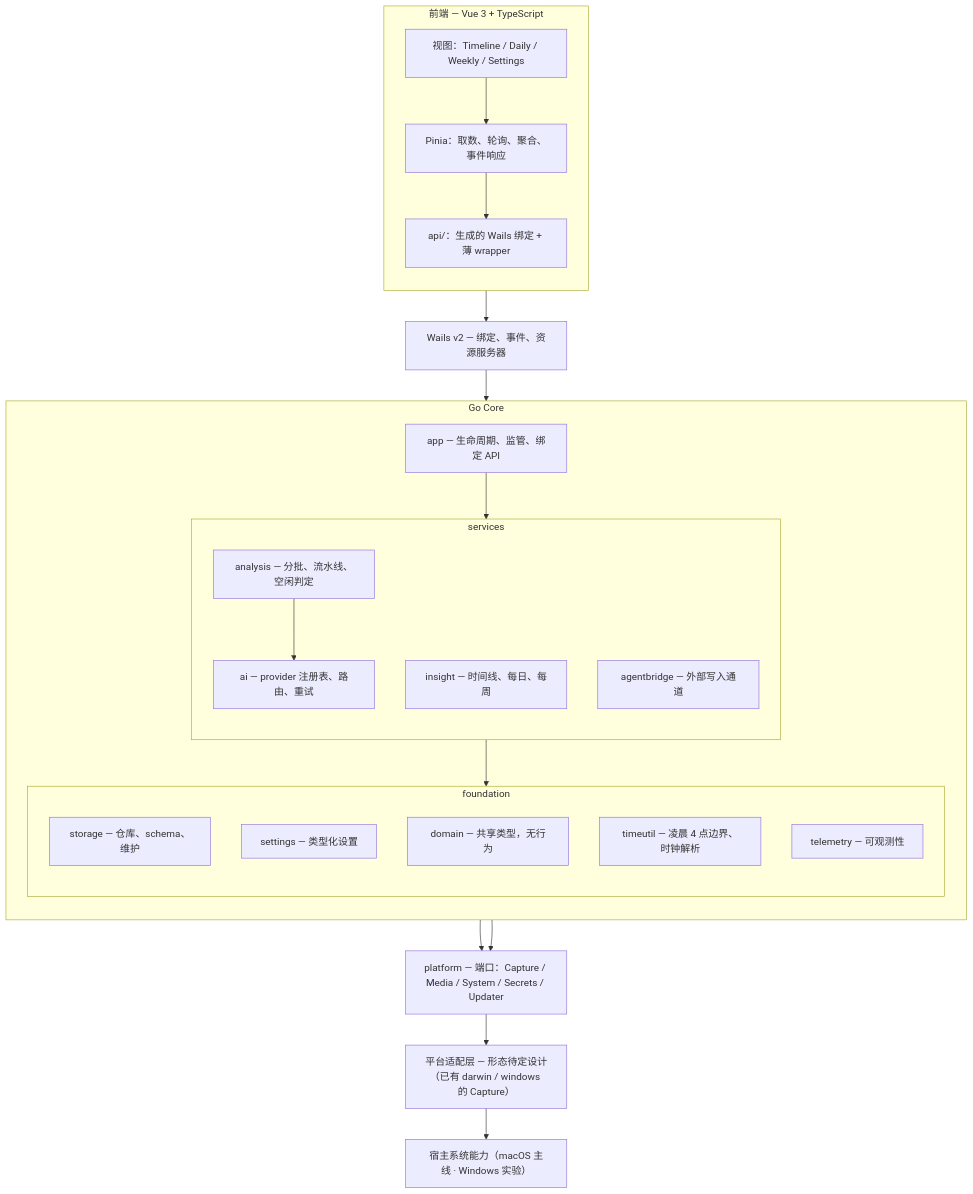
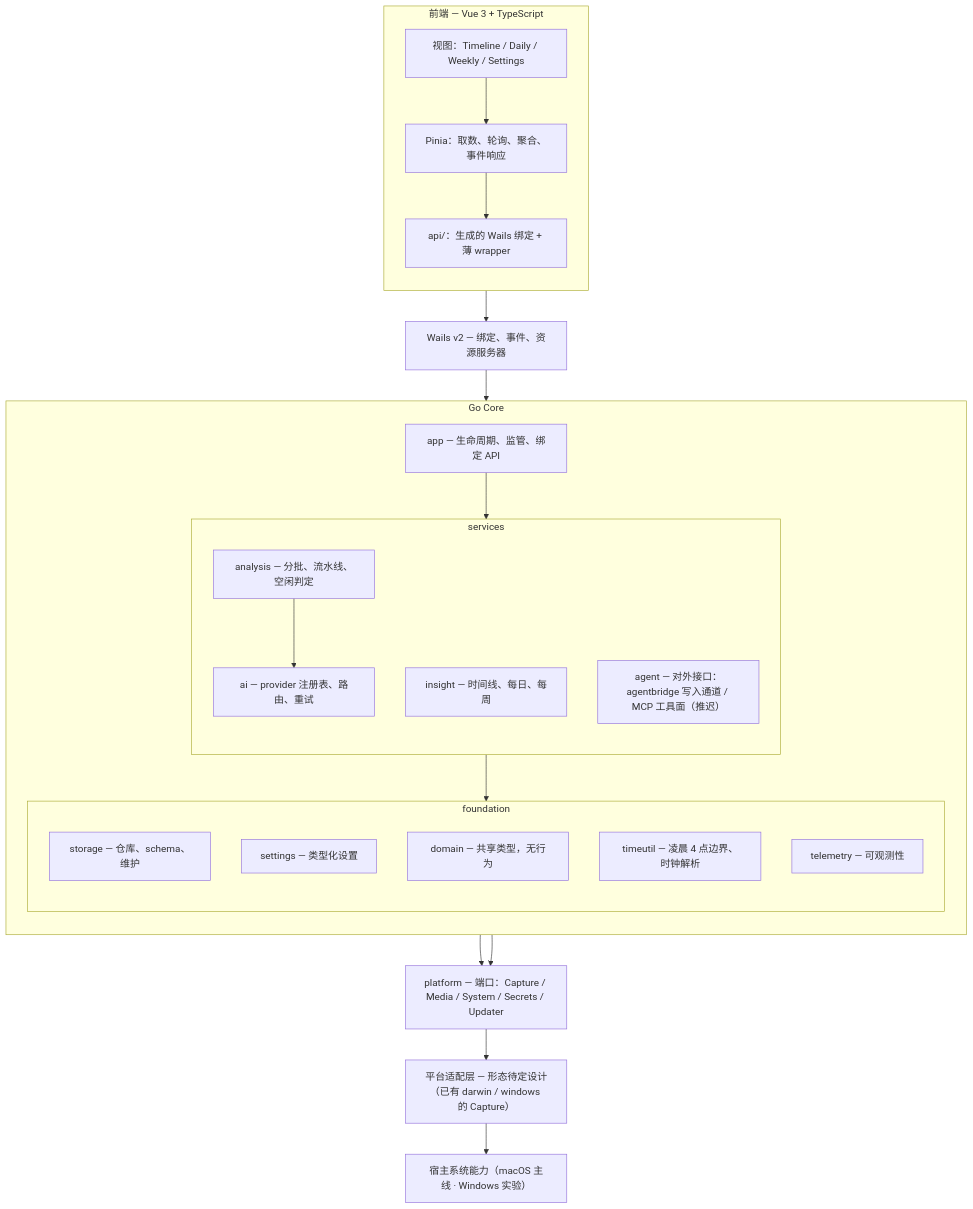
One commit to Jwz-git/Daygo changed the diagram in docs/02-architecture.md. Above: the diagram before and after it, drawn with Mermaid. The commit also changed other lines of this file and 5 other files, not shown here.

First line of the commit message:
docs: prepare agent module design for cli, agent.sock and mcp

````diff
--- a/docs/02-architecture.md
+++ b/docs/02-architecture.md
@@ -12,43 +12,43 @@
 ```mermaid
 flowchart TD
     subgraph FE["前端 — Vue 3 + TypeScript"]
         direction TB
         VIEWS["视图：Timeline / Daily / Weekly / Settings"]
         STORES["Pinia：取数、轮询、聚合、事件响应"]
         API["api/：生成的 Wails 绑定 + 薄 wrapper"]
     end
 
     WAILS["Wails v2 — 绑定、事件、资源服务器"]
 
     subgraph CORE["Go Core"]
         direction TB
         APPM["app — 生命周期、监管、绑定 API"]
         subgraph SVC["services"]
             direction TB
             ANALYSIS["analysis — 分批、流水线、空闲判定"]
             AIM["ai — provider 注册表、路由、重试"]
             INSIGHT["insight — 时间线、每日、每周"]
-            AGENT["agentbridge — 外部写入通道"]
+            AGENT["agent — 对外接口：agentbridge 写入通道 / MCP 工具面（推迟）"]
         end
         subgraph FOUND["foundation"]
             direction TB
             STORAGE["storage — 仓库、schema、维护"]
             SETTINGS["settings — 类型化设置"]
             DOMAIN["domain — 共享类型，无行为"]
             TIMEUTIL["timeutil — 凌晨 4 点边界、时钟解析"]
             TELEMETRY["telemetry — 可观测性"]
         end
     end
 
     PLATFORM["platform — 端口：Capture / Media / System / Secrets / Updater"]
     ADAPTER["平台适配层 — 形态待定设计（已有 darwin / windows 的 Capture）"]
     OS["宿主系统能力（macOS 主线 · Windows 实验）"]
 
     VIEWS --> STORES --> API --> WAILS --> APPM
     APPM --> SVC
     SVC --> FOUND
     ANALYSIS --> AIM
     SVC --> PLATFORM
     APPM --> PLATFORM
     PLATFORM --> ADAPTER --> OS
 ```
````
